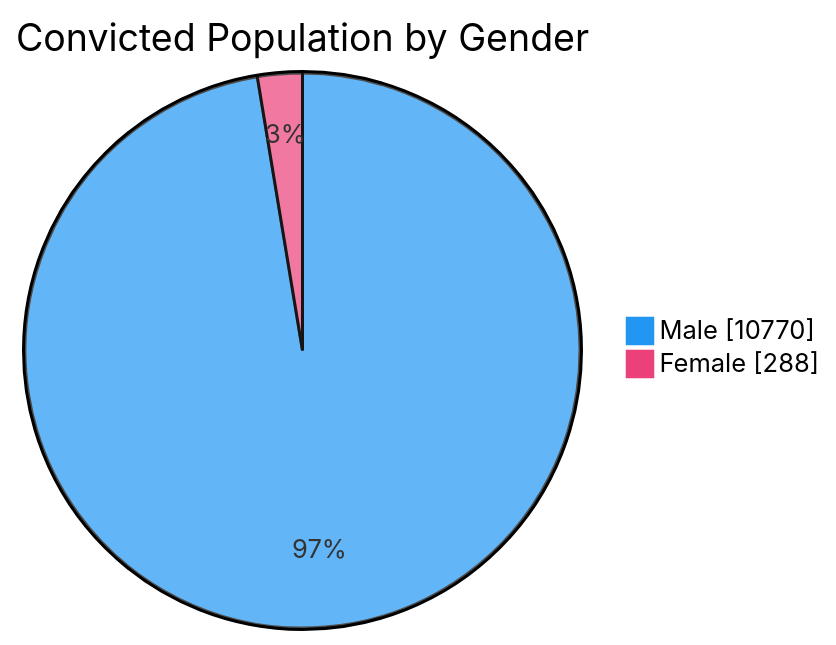
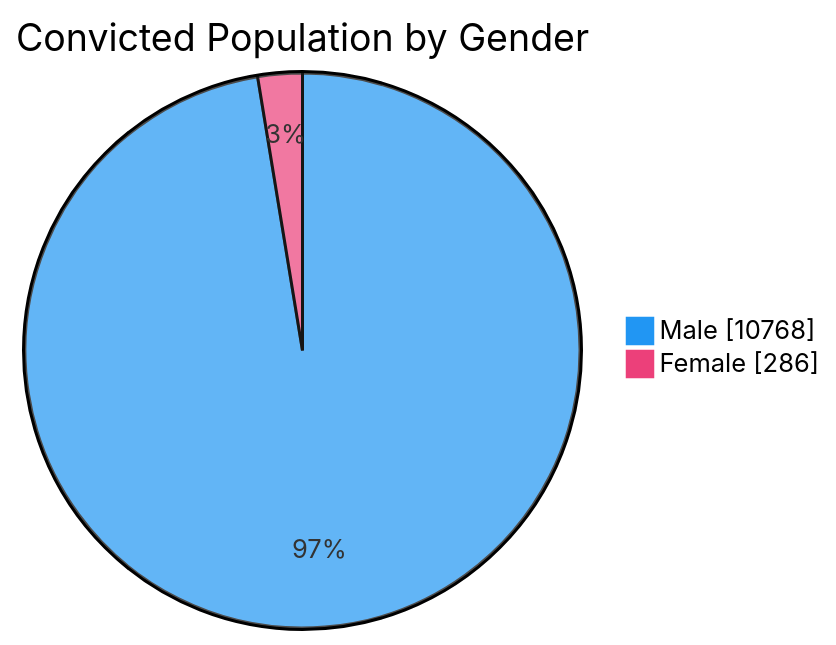
One commit to nuuuwan/lk_prisons changed the third of 7 diagrams in README.md. Above: the diagram before and after it, drawn with Mermaid. The commit also changed other lines of this file and 1 other file, not shown here.

````diff
--- a/README.md
+++ b/README.md
@@ -65,6 +65,6 @@
 ```mermaid
 %%{init: {'themeVariables': {'pie1': '#2196F3', 'pie2': '#EC407A'}}}%%
 pie showData title Convicted Population by Gender
-    "Male" : 10770
-    "Female" : 288
+    "Male" : 10768
+    "Female" : 286
 ```
````
